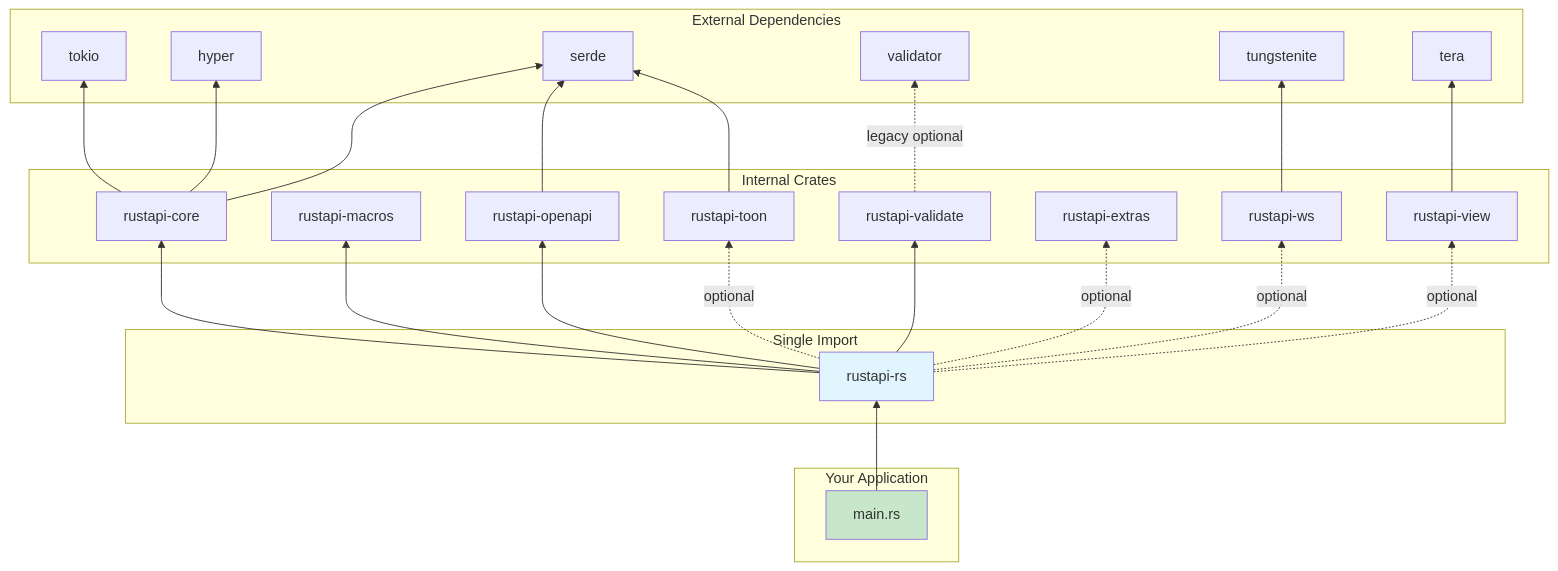
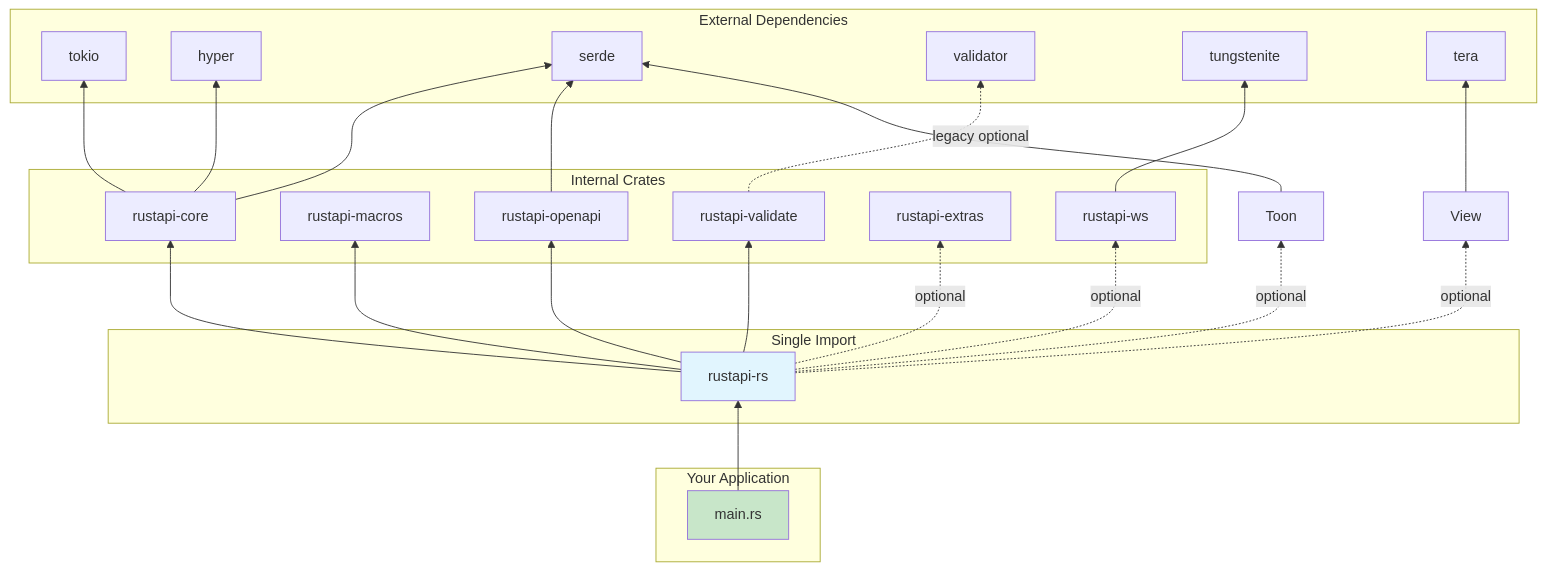
Before and after one commit to Tuntii/RustAPI: the third of 3 diagrams in docs/cookbook/src/architecture/system_overview.md, drawn with Mermaid. The commit also changed other lines of this file and 26 other files, not shown here.

````diff
--- a/docs/cookbook/src/architecture/system_overview.md
+++ b/docs/cookbook/src/architecture/system_overview.md
@@ -99,52 +97,50 @@
 ```mermaid
 graph BT
     subgraph User["Your Application"]
         App[main.rs]
     end
 
     subgraph Facade["Single Import"]
         RS[rustapi-rs]
     end
 
     subgraph Internal["Internal Crates"]
         Core[rustapi-core]
         Macros[rustapi-macros]
         OpenAPI[rustapi-openapi]
         Validate[rustapi-validate]
-        Toon[rustapi-toon]
         Extras[rustapi-extras]
         WS[rustapi-ws]
-        View[rustapi-view]
     end
 
     subgraph External["External Dependencies"]
         Tokio[tokio]
         Hyper[hyper]
         Serde[serde]
         Validator[validator]
         Tungstenite[tungstenite]
         Tera[tera]
     end
 
     App --> RS
     RS --> Core
     RS --> Macros
     RS --> OpenAPI
     RS --> Validate
     RS -.->|optional| Toon
     RS -.->|optional| Extras
     RS -.->|optional| WS
     RS -.->|optional| View
     
     Core --> Tokio
     Core --> Hyper
     Core --> Serde
     OpenAPI --> Serde
     Validate -.->|legacy optional| Validator
     Toon --> Serde
     WS --> Tungstenite
     View --> Tera
 
     style RS fill:#e1f5fe
     style App fill:#c8e6c9
 ```
````
